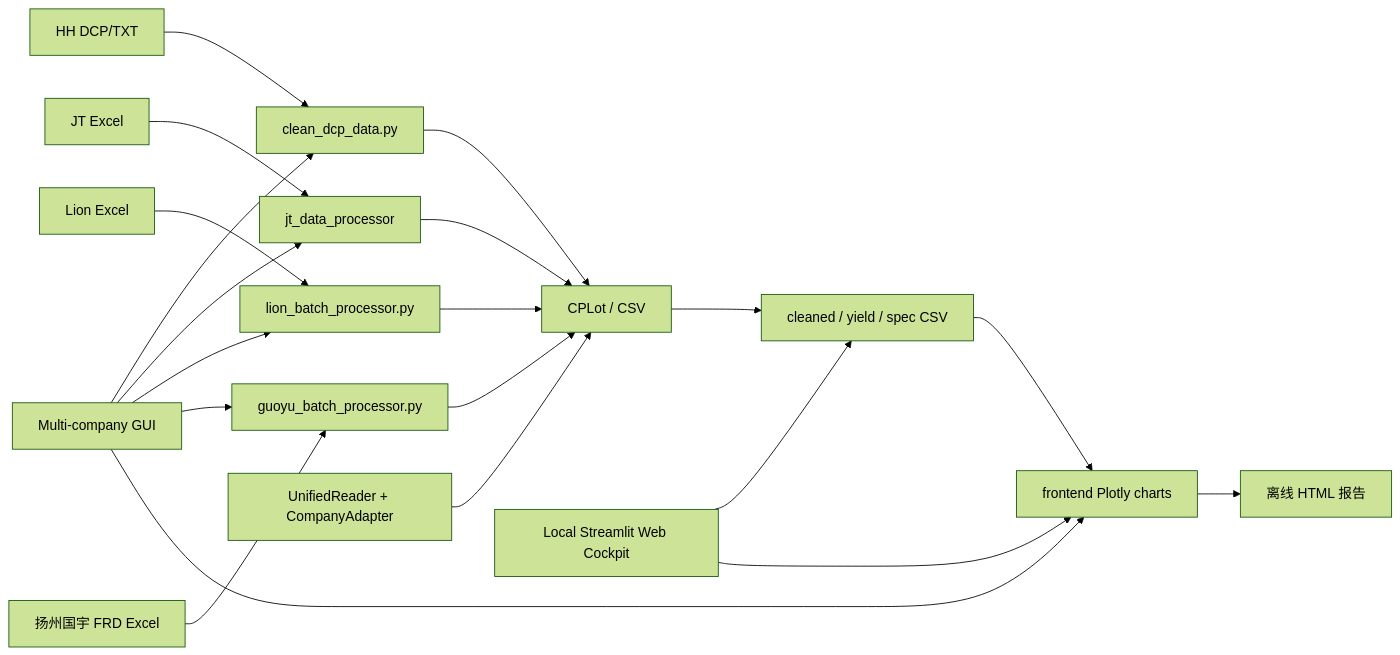
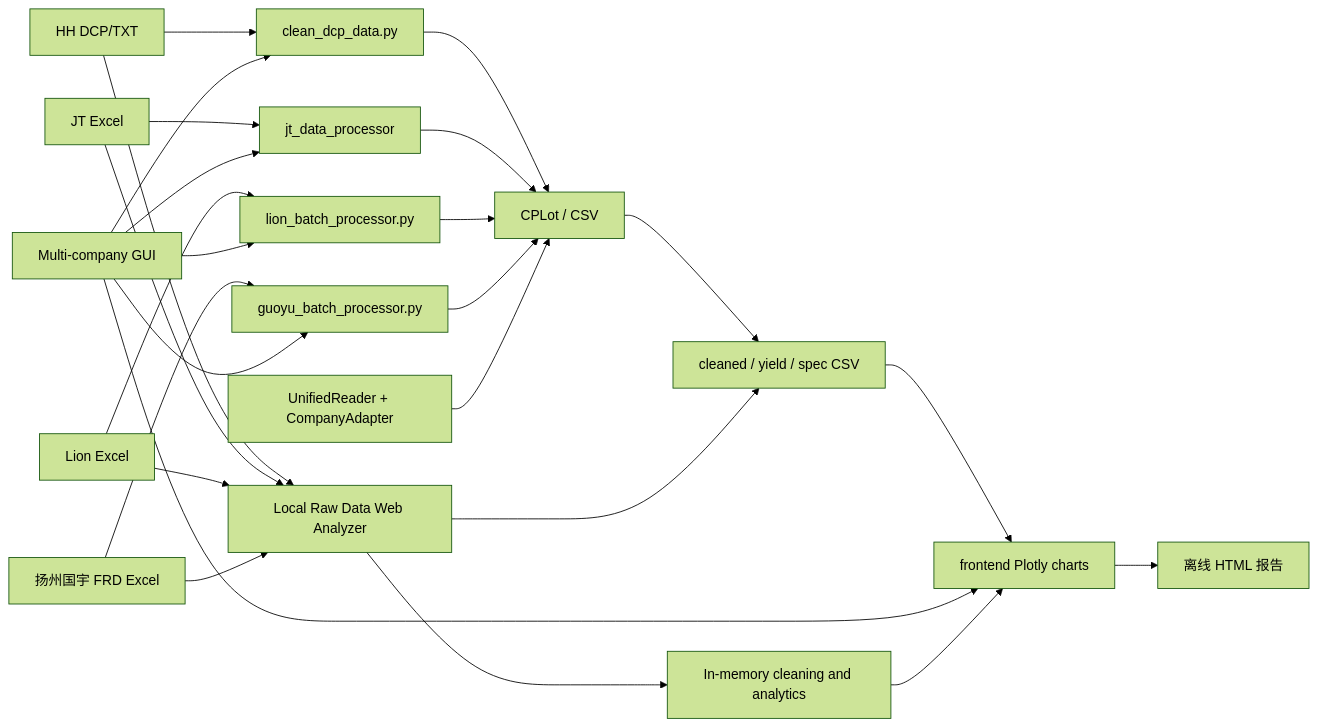
Before and after one commit to Chenchao981/cp_data_ansys: the diagram in docs/architecture.md, drawn with Mermaid (forest theme). The commit also changed other lines of this file and 8 other files, not shown here.

Commit message:
feat(web): analyze raw CP data in memory

````diff
--- a/docs/architecture.md
+++ b/docs/architecture.md
@@ -17,22 +17,27 @@
 ```mermaid
 flowchart LR
     A["HH DCP/TXT"] --> H["clean_dcp_data.py"]
     B["JT Excel"] --> J["jt_data_processor"]
     C["Lion Excel"] --> L["lion_batch_processor.py"]
     D["扬州国宇 FRD Excel"] --> Y["guoyu_batch_processor.py"]
     H --> M["CPLot / CSV"]
     J --> M
     L --> M
     Y --> M
     U["UnifiedReader + CompanyAdapter"] --> M
     M --> S["cleaned / yield / spec CSV"]
     S --> F["frontend Plotly charts"]
     F --> R["离线 HTML 报告"]
     G["Multi-company GUI"] --> H
     G --> J
     G --> L
     G --> Y
     G --> F
-    W["Local Streamlit Web Cockpit"] --> S
-    W --> F
+    A --> W["Local Raw Data Web Analyzer"]
+    B --> W
+    C --> W
+    D --> W
+    W --> I["In-memory cleaning and analytics"]
+    I --> F
+    W --> S
 ```
````
